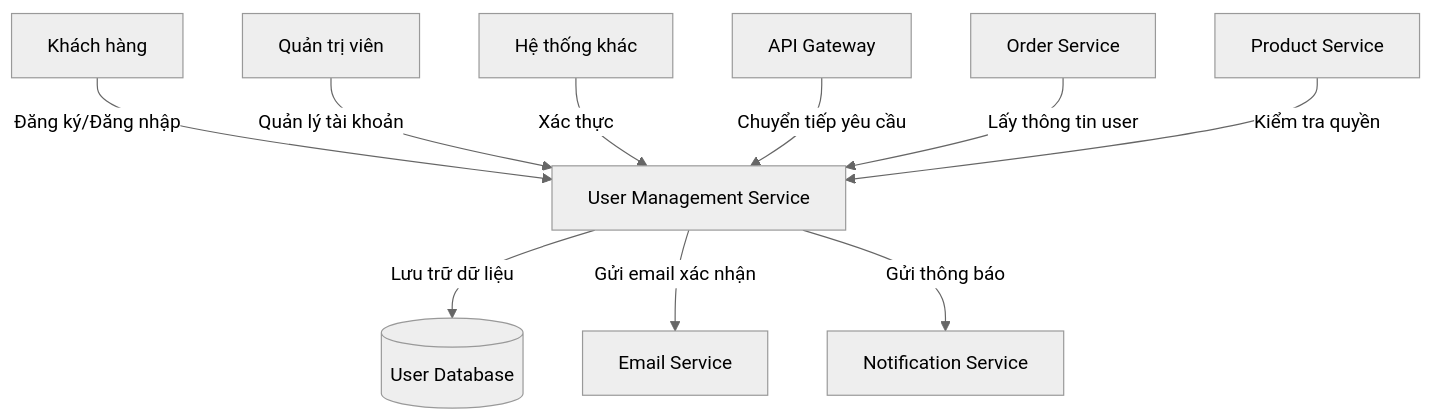
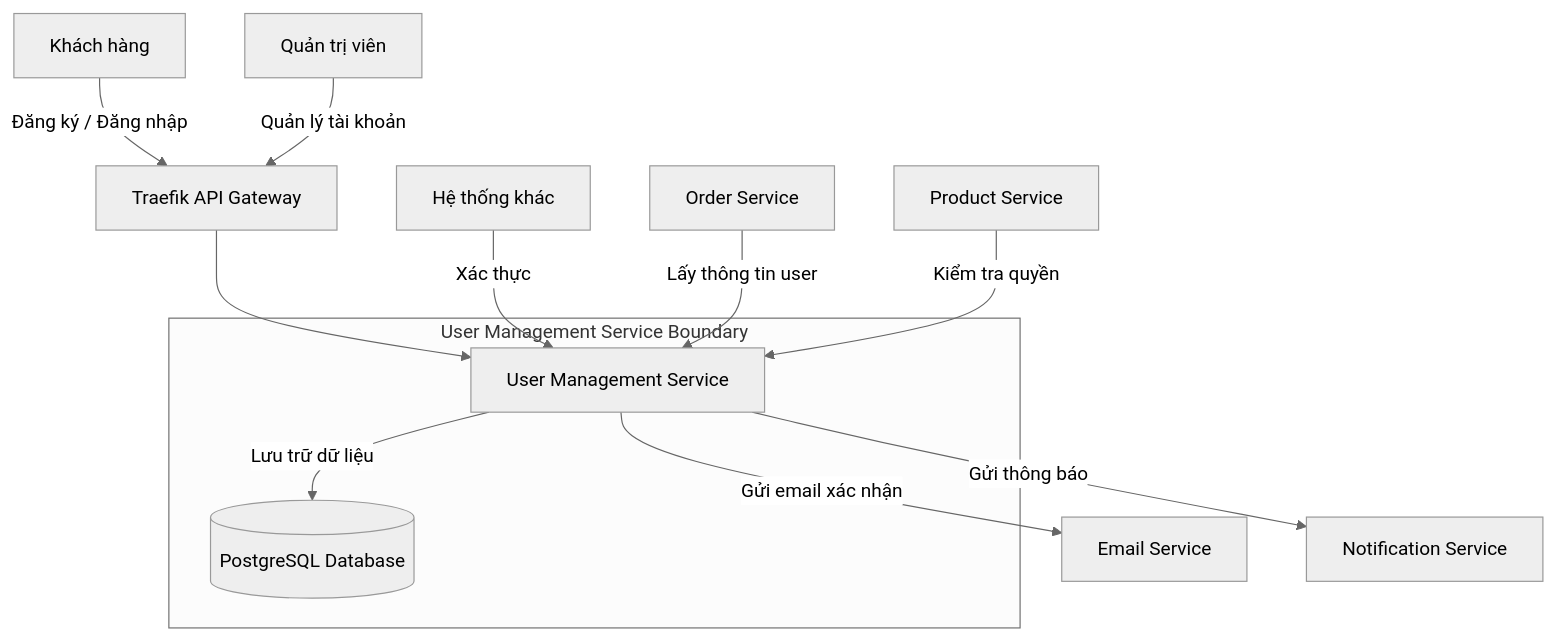
Before and after one commit to FIT-17-13/fit4110-17-13-lab1_setup-dyqiuka: the diagram in evidence/buoi-01/service-boundary.md, drawn with Mermaid (neutral theme).

````diff
--- a/evidence/buoi-01/service-boundary.md
+++ b/evidence/buoi-01/service-boundary.md
@@ -95,14 +95,35 @@
 ```mermaid
-flowchart TD
-    Customer[Khách hàng] -->|Đăng ký/Đăng nhập| UserService[User Management Service]
-    Admin[Quản trị viên] -->|Quản lý tài khoản| UserService
-    OtherServices[Hệ thống khác] -->|Xác thực| UserService
+flowchart TB
+    Customer[Khách hàng]
+    Admin[Quản trị viên]
+    OtherSystem[Hệ thống khác]
     
-    UserService -->|Lưu trữ dữ liệu| UserDB[(User Database)]
-    UserService -->|Gửi email xác nhận| EmailService[Email Service]
-    UserService -->|Gửi thông báo| NotificationService[Notification Service]
-    
-    APIGateway[API Gateway] -->|Chuyển tiếp yêu cầu| UserService
-    OrderService[Order Service] -->|Lấy thông tin user| UserService
-    ProductService[Product Service] -->|Kiểm tra quyền| UserService
+    %% Traefik là Gateway thực tế trong scripts/pull_all.sh
+    APIGateway[Traefik API Gateway]
+
+    subgraph UserBoundary [User Management Service Boundary]
+        UserService[User Management Service]
+        %% PostgreSQL là DB thực tế trong scripts/pull_all.sh
+        UserDB[(PostgreSQL Database)]
+        UserService -->|Lưu trữ dữ liệu| UserDB
+    end
+
+    OrderService[Order Service]
+    ProductService[Product Service]
+    EmailService[Email Service]
+    NotificationService[Notification Service]
+
+    %% Tương tác từ phía người dùng qua Gateway
+    Customer -->|Đăng ký / Đăng nhập| APIGateway
+    Admin -->|Quản lý tài khoản| APIGateway
+    APIGateway --> UserService
+
+    %% Tương tác giữa các Service
+    OtherSystem -->|Xác thực| UserService
+    OrderService -->|Lấy thông tin user| UserService
+    ProductService -->|Kiểm tra quyền| UserService
+
+    %% Tương tác hướng ngoại
+    UserService -->|Gửi email xác nhận| EmailService
+    UserService -->|Gửi thông báo| NotificationService
 ```
````
